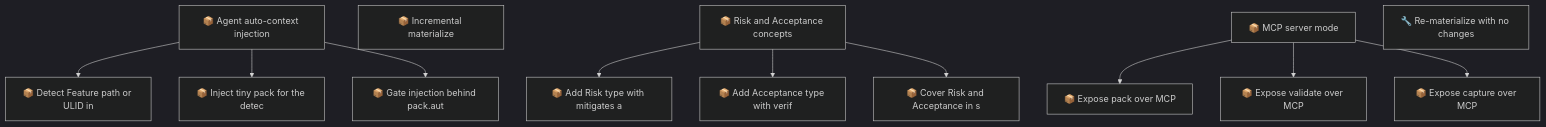
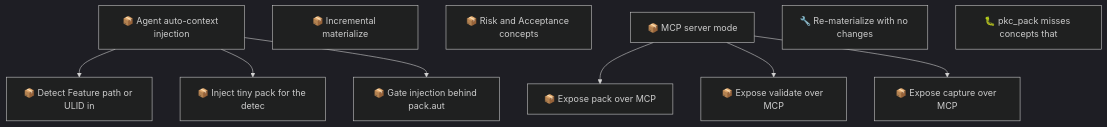
One commit to SpillwaveSolutions/project-knowledge-capture changed the second of 2 diagrams in docs/roadmap.md. Above: the diagram before and after it, drawn with Mermaid (dark theme). The commit also changed other lines of this file and 32 other files, not shown here.

First line of the commit message:
feat: add Risk and Acceptance concept types

````diff
--- a/docs/roadmap.md
+++ b/docs/roadmap.md
@@ -112,26 +96,21 @@
 ```mermaid
 graph TD
     01KZ75NC58VJD8E219BYAYPBPA["📦 Agent auto-context injection"]
     01KZ75NQ2VDVFD3R9F0SV38YEN["📦 Incremental materialize"]
     01KZ75NQ7VFPF3YESB5P90DR29["📦 Risk and Acceptance concepts"]
     01KZ75NQCMYGFYRCVJATEBVBRB["📦 MCP server mode"]
     01KZ75R1ZYFEZVPWDY73CK4P4N["📦 Detect Feature path or ULID in"]
     01KZ75R254CS97W8MNX9CV3SNF["📦 Inject tiny pack for the detec"]
     01KZ75R2ADREHM3JD22V5C5HE7["📦 Gate injection behind pack.aut"]
-    01KZ75R2ZJGMNBHD82WZXPCNX4["📦 Add Risk type with mitigates a"]
-    01KZ75R34PGN7WH6HCP44B85A2["📦 Add Acceptance type with verif"]
-    01KZ75R39PENN65G92HKA108H3["📦 Cover Risk and Acceptance in s"]
     01KZ75R3EXEG4GVGRP2S9CCKZ4["📦 Expose pack over MCP"]
     01KZ75R3M6BYQ643NKDCCSEEZC["📦 Expose validate over MCP"]
     01KZ75R3S2X1G4PCTGMMSR8BWA["📦 Expose capture over MCP"]
     01KZD15ZR0JEKW6FA0HXM7W9CG["🔧 Re-materialize with no changes"]
+    01KZD6QRF62XDCPBDH5BN0H1RD["🐛 pkc_pack misses concepts that"]
     01KZ75NC58VJD8E219BYAYPBPA --> 01KZ75R1ZYFEZVPWDY73CK4P4N
     01KZ75NC58VJD8E219BYAYPBPA --> 01KZ75R254CS97W8MNX9CV3SNF
     01KZ75NC58VJD8E219BYAYPBPA --> 01KZ75R2ADREHM3JD22V5C5HE7
-    01KZ75NQ7VFPF3YESB5P90DR29 --> 01KZ75R2ZJGMNBHD82WZXPCNX4
-    01KZ75NQ7VFPF3YESB5P90DR29 --> 01KZ75R34PGN7WH6HCP44B85A2
-    01KZ75NQ7VFPF3YESB5P90DR29 --> 01KZ75R39PENN65G92HKA108H3
     01KZ75NQCMYGFYRCVJATEBVBRB --> 01KZ75R3EXEG4GVGRP2S9CCKZ4
     01KZ75NQCMYGFYRCVJATEBVBRB --> 01KZ75R3M6BYQ643NKDCCSEEZC
     01KZ75NQCMYGFYRCVJATEBVBRB --> 01KZ75R3S2X1G4PCTGMMSR8BWA
 ```
````
